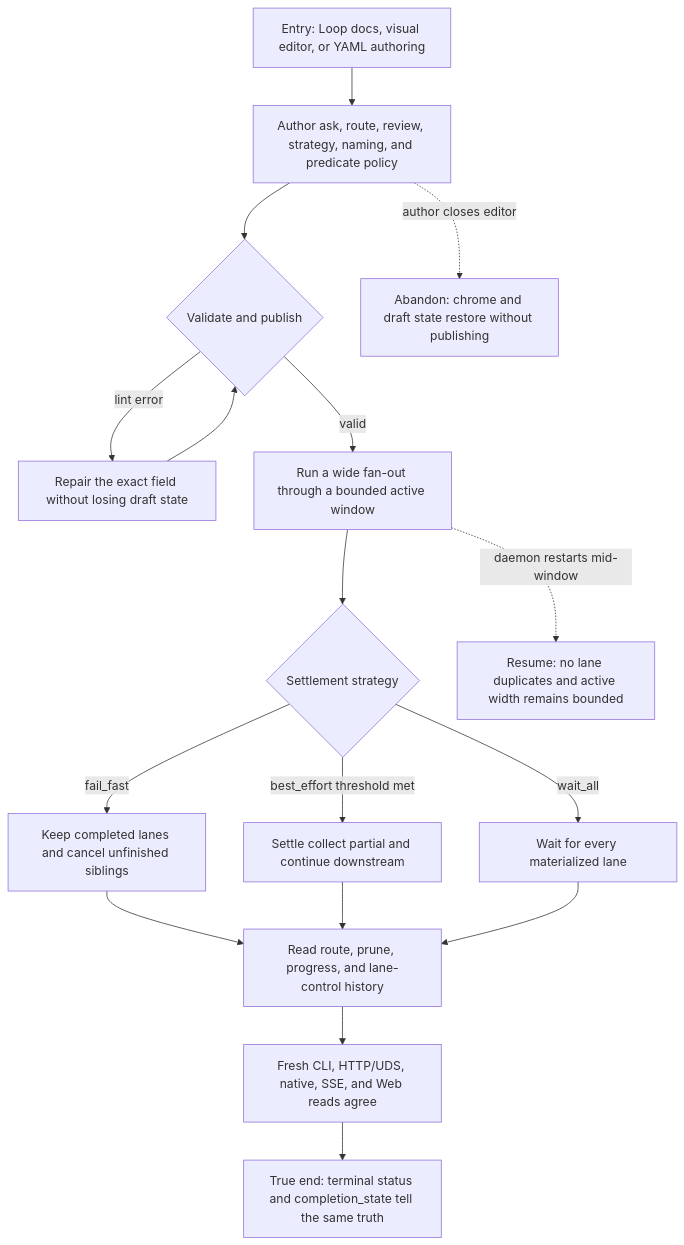
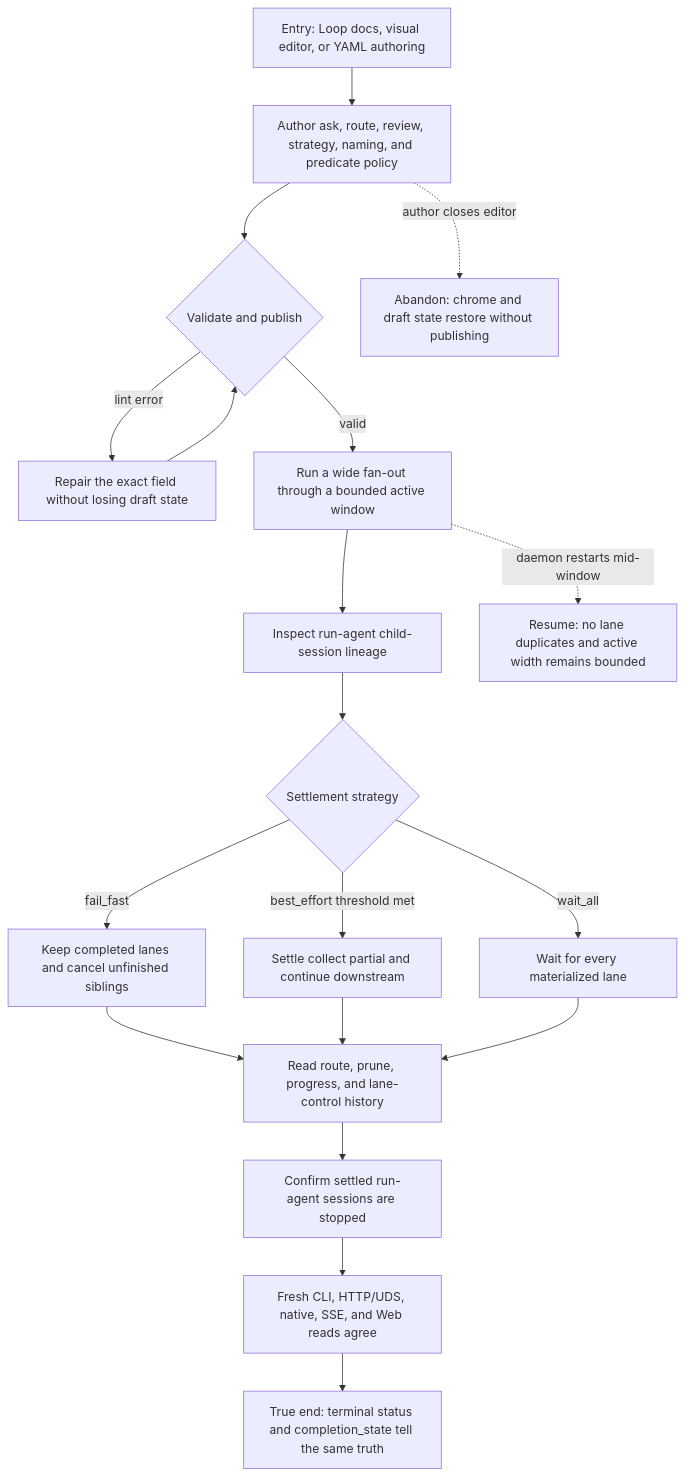
The diagram in docs/qa/journeys/J-complete-partial-loop.md (compozy/compozy), drawn with Mermaid before and after one commit. The commit also changed other lines of this file and 20 other files, not shown here.

First line of the commit message:
fix: preserve run-agent session lifecycle (#446)

````diff
--- a/docs/qa/journeys/J-complete-partial-loop.md
+++ b/docs/qa/journeys/J-complete-partial-loop.md
@@ -3,19 +3,21 @@
 ```mermaid
 flowchart TD
     A[Entry: Loop docs, visual editor, or YAML authoring] --> B[Author ask, route, review, strategy, naming, and predicate policy]
     B --> C{Validate and publish}
     C -->|lint error| D[Repair the exact field without losing draft state]
     D --> C
     C -->|valid| E[Run a wide fan-out through a bounded active window]
-    E --> F{Settlement strategy}
+    E --> E1[Inspect run-agent child-session lineage]
+    E1 --> F{Settlement strategy}
     F -->|fail_fast| G[Keep completed lanes and cancel unfinished siblings]
     F -->|best_effort threshold met| H[Settle collect partial and continue downstream]
     F -->|wait_all| I[Wait for every materialized lane]
     G --> J[Read route, prune, progress, and lane-control history]
     H --> J
     I --> J
-    J --> K[Fresh CLI, HTTP/UDS, native, SSE, and Web reads agree]
+    J --> J1[Confirm settled run-agent sessions are stopped]
+    J1 --> K[Fresh CLI, HTTP/UDS, native, SSE, and Web reads agree]
     K --> L[True end: terminal status and completion_state tell the same truth]
     B -.->|author closes editor| X1[Abandon: chrome and draft state restore without publishing]
     E -.->|daemon restarts mid-window| X2[Resume: no lane duplicates and active width remains bounded]
 ```
````
